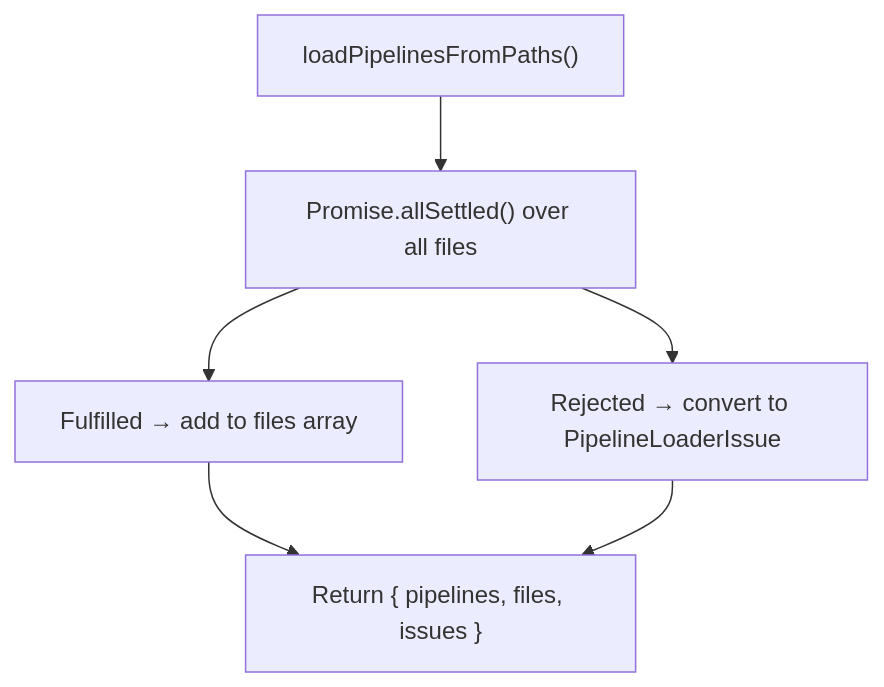
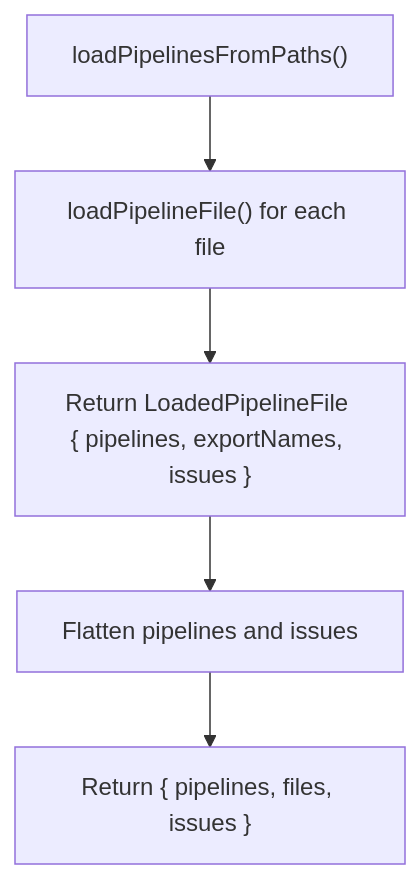
One commit to ucdjs/ucd changed the fourth of 4 diagrams in apps/docs/content/contributing/development/architecture/packages/pipelines/loader.mdx. Above: the diagram before and after it, drawn with Mermaid. The commit also changed other lines of this file and 7 other files, not shown here.

First line of the commit message:
fix(pipeline-loader): improve error handling and reporting in pipeline loading functions

````diff
--- a/apps/docs/content/contributing/development/architecture/packages/pipelines/loader.mdx
+++ b/apps/docs/content/contributing/development/architecture/packages/pipelines/loader.mdx
@@ -160,8 +160,7 @@
 ```mermaid
 flowchart TD
-  A["loadPipelinesFromPaths()"] --> B["Promise.allSettled() over all files"]
-  B --> C["Fulfilled → add to files array"]
-  B --> D["Rejected → convert to PipelineLoaderIssue"]
-  C --> E["Return { pipelines, files, issues }"]
-  D --> E
+  A["loadPipelinesFromPaths()"] --> B["loadPipelineFile() for each file"]
+  B --> C["Return LoadedPipelineFile { pipelines, exportNames, issues }"]
+  C --> D["Flatten pipelines and issues"]
+  D --> E["Return { pipelines, files, issues }"]
 ```
````
